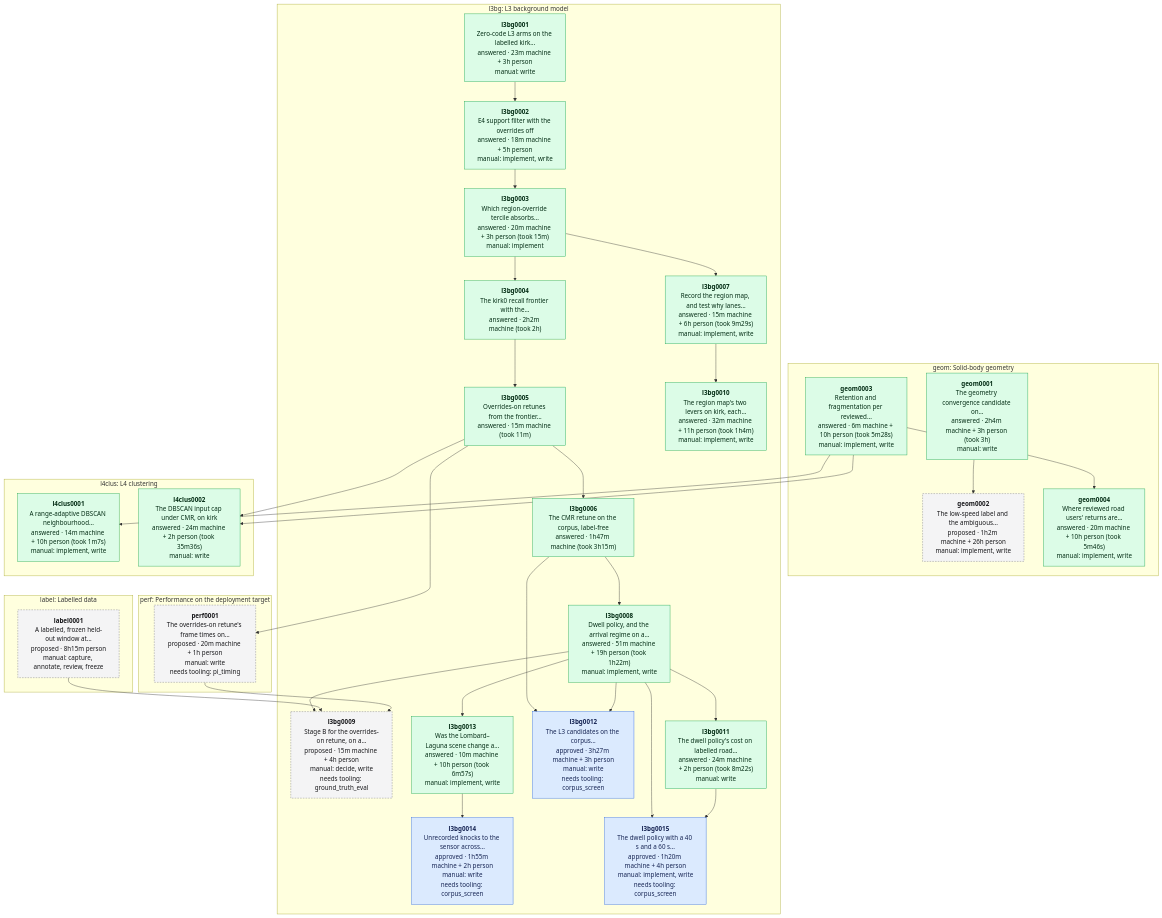
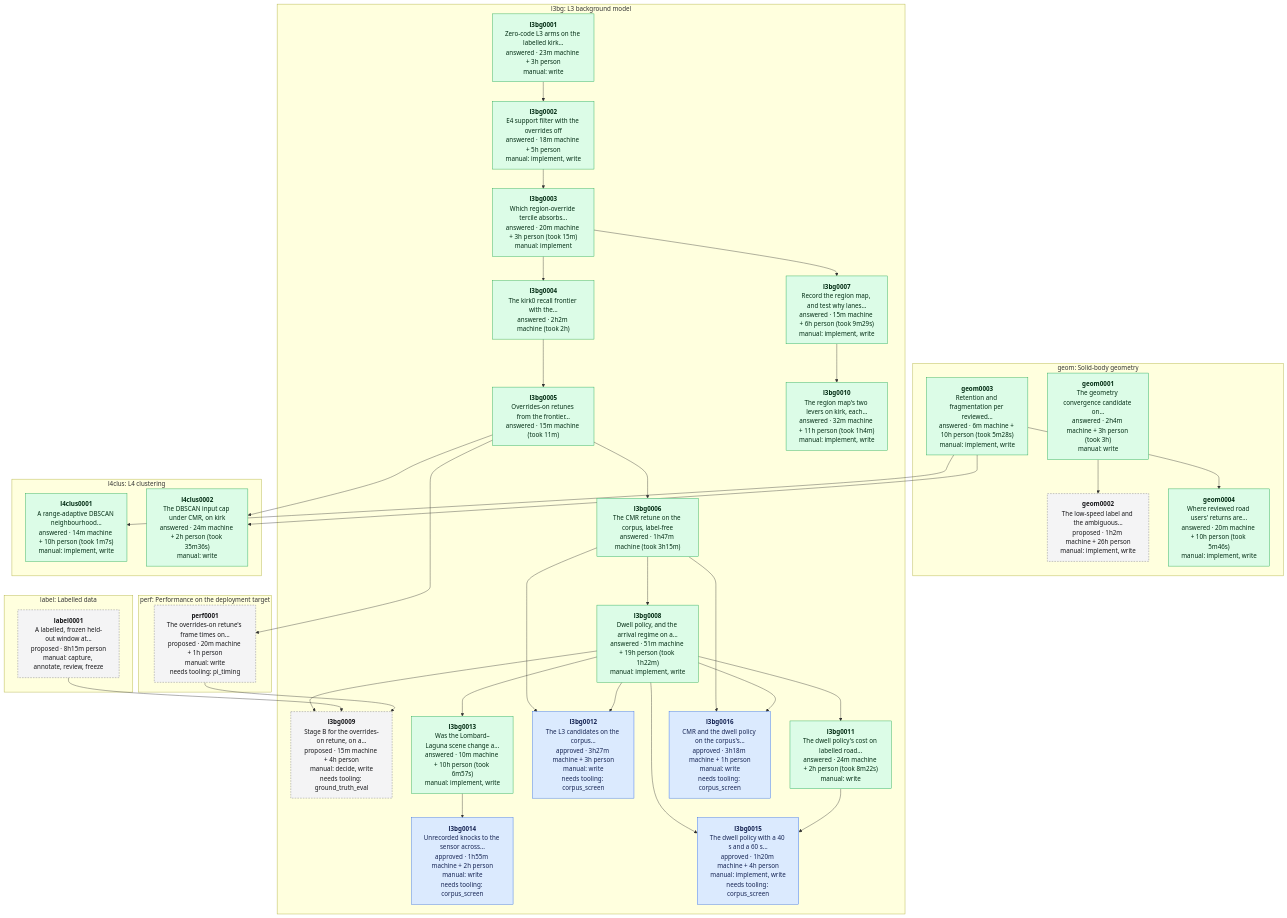
The diagram in data/experiments/DEPENDENCIES.md (banshee-data/velocity.report), drawn with Mermaid before and after one commit. The commit also changed other lines of this file and 1 other file, not shown here.

Commit message:
[ai][docs] Spec l3bg0016: CMR and the dwell policy on the corpus's second segment, label-free

````diff
--- a/data/experiments/DEPENDENCIES.md
+++ b/data/experiments/DEPENDENCIES.md
@@ -7,64 +7,67 @@
 ```mermaid
 flowchart TB
   classDef proposed fill:#f4f4f5,stroke:#71717a,stroke-dasharray:4 3,color:#18181b
   classDef approved fill:#dbeafe,stroke:#2563eb,color:#172554
   classDef answered fill:#dcfce7,stroke:#16a34a,color:#052e16
   classDef retired fill:#fafafa,stroke:#d4d4d8,color:#71717a
   subgraph area_geom ["geom: Solid-body geometry"]
     geom0001["<b>geom0001</b><br/>The geometry convergence candidate on…<br/>answered · 2h4m machine + 3h person (took 3h)<br/>manual: write"]:::answered
     geom0002["<b>geom0002</b><br/>The low-speed label and the ambiguous…<br/>proposed · 1h2m machine + 26h person<br/>manual: implement, write"]:::proposed
     geom0003["<b>geom0003</b><br/>Retention and fragmentation per reviewed…<br/>answered · 6m machine + 10h person (took 5m28s)<br/>manual: implement, write"]:::answered
     geom0004["<b>geom0004</b><br/>Where reviewed road users' returns are…<br/>answered · 20m machine + 10h person (took 5m46s)<br/>manual: implement, write"]:::answered
   end
   subgraph area_l3bg ["l3bg: L3 background model"]
     l3bg0001["<b>l3bg0001</b><br/>Zero-code L3 arms on the labelled kirk…<br/>answered · 23m machine + 3h person<br/>manual: write"]:::answered
     l3bg0002["<b>l3bg0002</b><br/>E4 support filter with the overrides off<br/>answered · 18m machine + 5h person<br/>manual: implement, write"]:::answered
     l3bg0003["<b>l3bg0003</b><br/>Which region-override tercile absorbs…<br/>answered · 20m machine + 3h person (took 15m)<br/>manual: implement"]:::answered
     l3bg0004["<b>l3bg0004</b><br/>The kirk0 recall frontier with the…<br/>answered · 2h2m machine (took 2h)"]:::answered
     l3bg0005["<b>l3bg0005</b><br/>Overrides-on retunes from the frontier…<br/>answered · 15m machine (took 11m)"]:::answered
     l3bg0006["<b>l3bg0006</b><br/>The CMR retune on the corpus, label-free<br/>answered · 1h47m machine (took 3h15m)"]:::answered
     l3bg0007["<b>l3bg0007</b><br/>Record the region map, and test why lanes…<br/>answered · 15m machine + 6h person (took 9m29s)<br/>manual: implement, write"]:::answered
     l3bg0008["<b>l3bg0008</b><br/>Dwell policy, and the arrival regime on a…<br/>answered · 51m machine + 19h person (took 1h22m)<br/>manual: implement, write"]:::answered
     l3bg0009["<b>l3bg0009</b><br/>Stage B for the overrides-on retune, on a…<br/>proposed · 15m machine + 4h person<br/>manual: decide, write<br/>needs tooling: ground_truth_eval"]:::proposed
     l3bg0010["<b>l3bg0010</b><br/>The region map's two levers on kirk, each…<br/>answered · 32m machine + 11h person (took 1h4m)<br/>manual: implement, write"]:::answered
     l3bg0011["<b>l3bg0011</b><br/>The dwell policy's cost on labelled road…<br/>answered · 24m machine + 2h person (took 8m22s)<br/>manual: write"]:::answered
     l3bg0012["<b>l3bg0012</b><br/>The L3 candidates on the corpus…<br/>approved · 3h27m machine + 3h person<br/>manual: write<br/>needs tooling: corpus_screen"]:::approved
     l3bg0013["<b>l3bg0013</b><br/>Was the Lombard–Laguna scene change a…<br/>answered · 10m machine + 10h person (took 6m57s)<br/>manual: implement, write"]:::answered
     l3bg0014["<b>l3bg0014</b><br/>Unrecorded knocks to the sensor across…<br/>approved · 1h55m machine + 2h person<br/>manual: write<br/>needs tooling: corpus_screen"]:::approved
     l3bg0015["<b>l3bg0015</b><br/>The dwell policy with a 40 s and a 60 s…<br/>approved · 1h20m machine + 4h person<br/>manual: implement, write<br/>needs tooling: corpus_screen"]:::approved
+    l3bg0016["<b>l3bg0016</b><br/>CMR and the dwell policy on the corpus's…<br/>approved · 3h18m machine + 1h person<br/>manual: write<br/>needs tooling: corpus_screen"]:::approved
   end
   subgraph area_l4clus ["l4clus: L4 clustering"]
     l4clus0001["<b>l4clus0001</b><br/>A range-adaptive DBSCAN neighbourhood…<br/>answered · 14m machine + 10h person (took 1m7s)<br/>manual: implement, write"]:::answered
     l4clus0002["<b>l4clus0002</b><br/>The DBSCAN input cap under CMR, on kirk<br/>answered · 24m machine + 2h person (took 35m36s)<br/>manual: write"]:::answered
   end
   subgraph area_label ["label: Labelled data"]
     label0001["<b>label0001</b><br/>A labelled, frozen held-out window at…<br/>proposed · 8h15m person<br/>manual: capture, annotate, review, freeze"]:::proposed
   end
   subgraph area_perf ["perf: Performance on the deployment target"]
     perf0001["<b>perf0001</b><br/>The overrides-on retune's frame times on…<br/>proposed · 20m machine + 1h person<br/>manual: write<br/>needs tooling: pi_timing"]:::proposed
   end
   geom0001 --> geom0002
   geom0003 --> geom0004
   l3bg0001 --> l3bg0002
   l3bg0002 --> l3bg0003
   l3bg0003 --> l3bg0004
   l3bg0004 --> l3bg0005
   l3bg0005 --> l3bg0006
   l3bg0003 --> l3bg0007
   l3bg0006 --> l3bg0008
   l3bg0008 --> l3bg0009
   label0001 --> l3bg0009
   perf0001 --> l3bg0009
   l3bg0007 --> l3bg0010
   l3bg0008 --> l3bg0011
   l3bg0006 --> l3bg0012
   l3bg0008 --> l3bg0012
   l3bg0008 --> l3bg0013
   l3bg0013 --> l3bg0014
   l3bg0008 --> l3bg0015
   l3bg0011 --> l3bg0015
+  l3bg0006 --> l3bg0016
+  l3bg0008 --> l3bg0016
   geom0003 --> l4clus0001
   geom0003 --> l4clus0002
   l3bg0005 --> l4clus0002
   l3bg0005 --> perf0001
 ```
````
